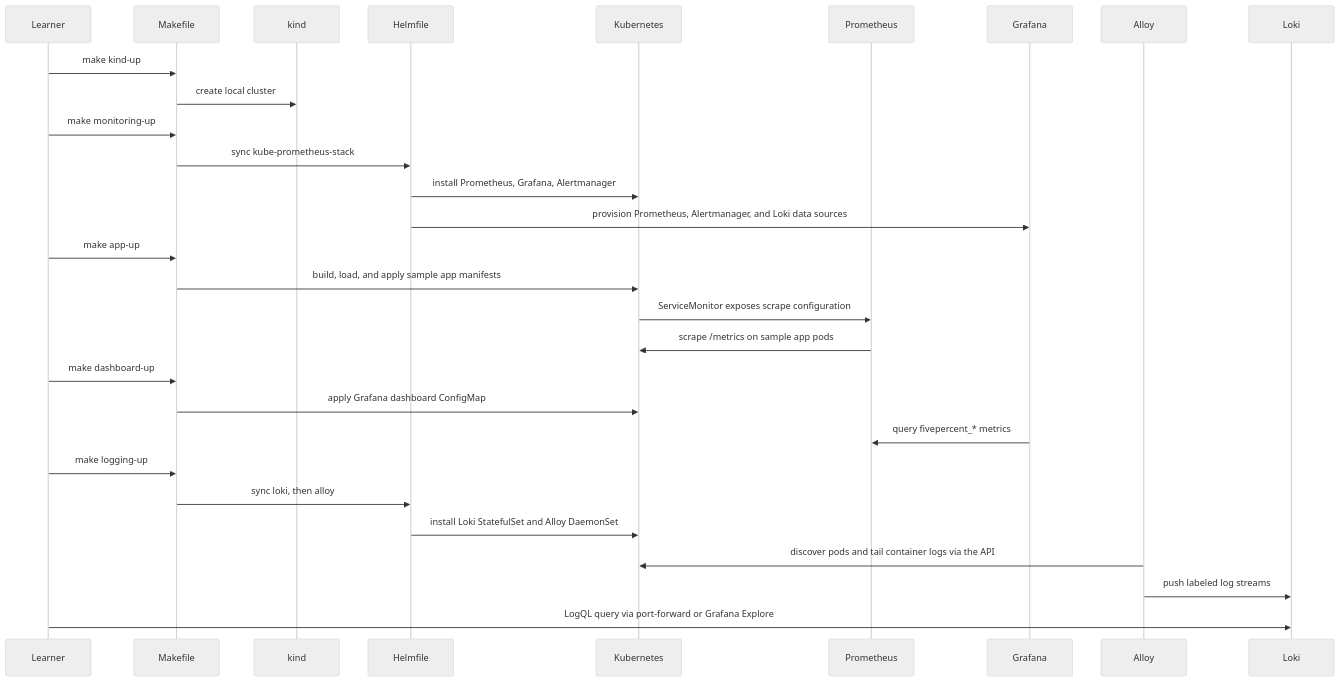
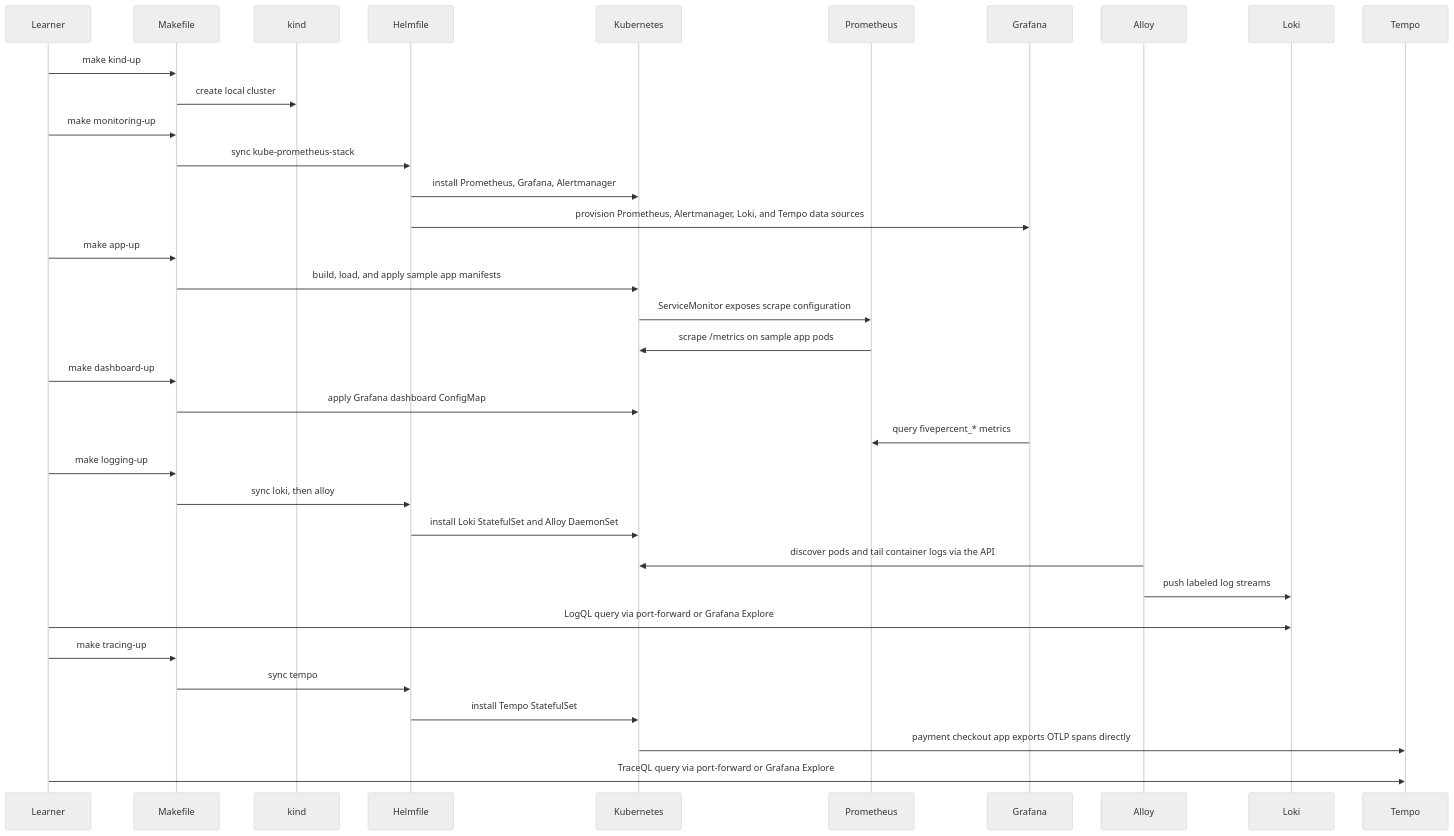
One commit to AbdulRahmanAlHamali/5percent-observability changed the second of 3 diagrams in docs/architecture.md. Above: the diagram before and after it, drawn with Mermaid (neutral theme). The commit also changed other lines of this file and 2 other files, not shown here.

First line of the commit message:
Address review: use maintained Tempo chart, correct receiver claim

````diff
--- a/docs/architecture.md
+++ b/docs/architecture.md
@@ -47,32 +53,38 @@
 ```mermaid
 sequenceDiagram
   participant Learner
   participant Make as Makefile
   participant Kind as kind
   participant Helmfile
   participant Kubernetes
   participant Prometheus
   participant Grafana
   participant Alloy
   participant Loki
+  participant Tempo
 
   Learner->>Make: make kind-up
   Make->>Kind: create local cluster
   Learner->>Make: make monitoring-up
   Make->>Helmfile: sync kube-prometheus-stack
   Helmfile->>Kubernetes: install Prometheus, Grafana, Alertmanager
-  Helmfile->>Grafana: provision Prometheus, Alertmanager, and Loki data sources
+  Helmfile->>Grafana: provision Prometheus, Alertmanager, Loki, and Tempo data sources
   Learner->>Make: make app-up
   Make->>Kubernetes: build, load, and apply sample app manifests
   Kubernetes->>Prometheus: ServiceMonitor exposes scrape configuration
   Prometheus->>Kubernetes: scrape /metrics on sample app pods
   Learner->>Make: make dashboard-up
   Make->>Kubernetes: apply Grafana dashboard ConfigMap
   Grafana->>Prometheus: query fivepercent_* metrics
   Learner->>Make: make logging-up
   Make->>Helmfile: sync loki, then alloy
   Helmfile->>Kubernetes: install Loki StatefulSet and Alloy DaemonSet
   Alloy->>Kubernetes: discover pods and tail container logs via the API
   Alloy->>Loki: push labeled log streams
   Learner->>Loki: LogQL query via port-forward or Grafana Explore
+  Learner->>Make: make tracing-up
+  Make->>Helmfile: sync tempo
+  Helmfile->>Kubernetes: install Tempo StatefulSet
+  Kubernetes->>Tempo: payment checkout app exports OTLP spans directly
+  Learner->>Tempo: TraceQL query via port-forward or Grafana Explore
 ```
````
